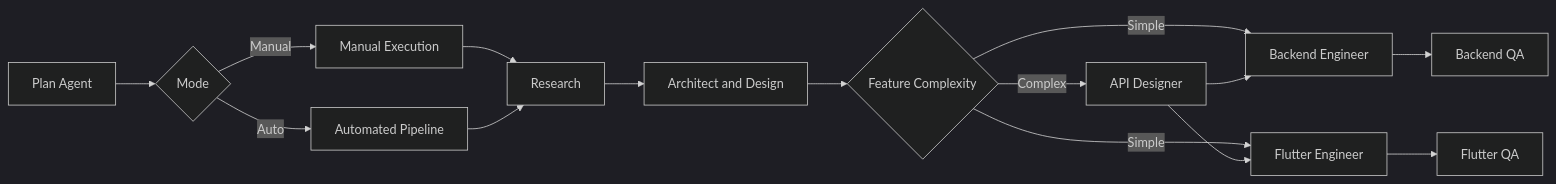
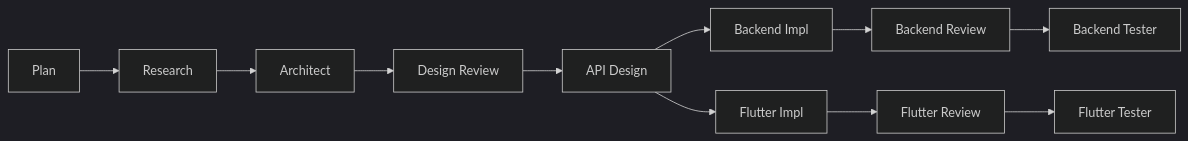
One commit to atmohamedamer/agents changed the diagram in README.md. Above: the diagram before and after it, drawn with Mermaid (dark theme). The commit also changed other lines of this file and 1 other file, not shown here.

First line of the commit message:
Revise README and plan agent documentation

````diff
--- a/README.md
+++ b/README.md
@@ -8,20 +9,19 @@
 ```mermaid
-graph LR
-  A[Plan Agent] --> B{Mode}
-  B -->|Manual| M[Manual Execution]
-  B -->|Auto| P[Automated Pipeline]
+flowchart LR
+  %% Agentic SDLC
 
-  M --> R[Research]
-  P --> R
-  R --> AR[Architect and Design]
+  A[Plan] --> B[Research]
+  B --> C[Architect]
+  C --> D[Design Review]
+  D --> E[API Design]
 
-  AR --> C{Feature Complexity}
-  C -->|Complex| API[API Designer]
-  C -->|Simple| BE[Backend Engineer]
-  C -->|Simple| FE[Flutter Engineer]
-  API --> BE
-  API --> FE
+  %% Parallel tracks after API Design
+  E --> BE[Backend Impl]
+  E --> FE[Flutter Impl]
 
-  BE --> BT[Backend QA]
-  FE --> FT[Flutter QA]
+  BE --> BR[Backend Review]
+  FE --> FR[Flutter Review]
+
+  BR --> BQ[Backend Tester]
+  FR --> FQ[Flutter Tester]
 ```
````
